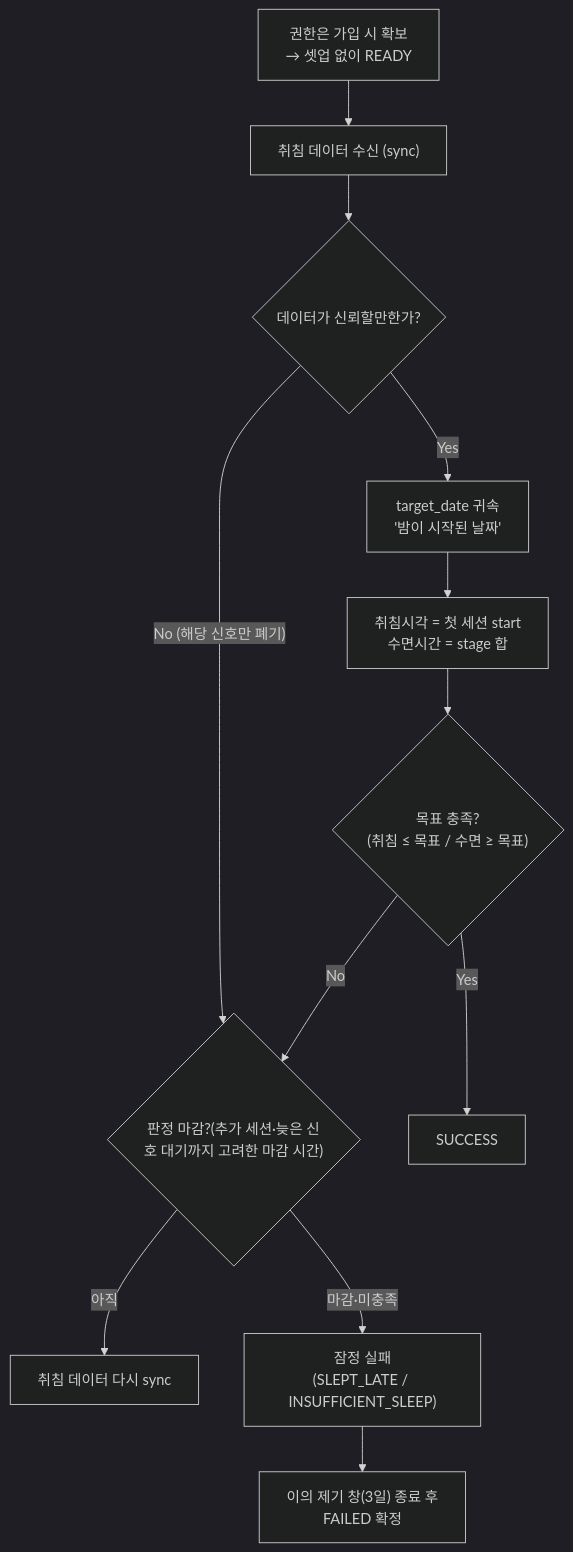
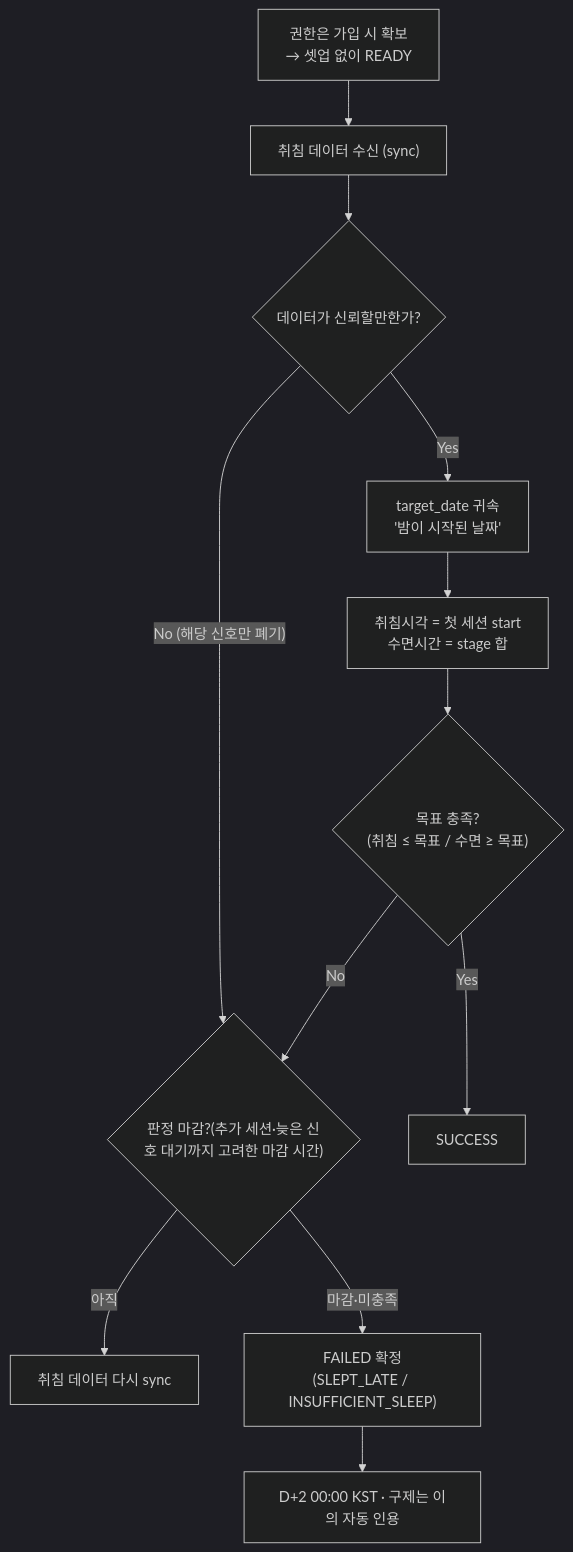
The eighth of 10 diagrams in docs/check/인증구현.md (RuleUp-ASM/Backend), drawn with Mermaid (dark theme) before and after one commit. The commit also changed other lines of this file and 7 other files, not shown here.

````diff
--- a/docs/check/인증구현.md
+++ b/docs/check/인증구현.md
@@ -417,14 +423,14 @@
 ```mermaid
 flowchart TD
 A["권한은 가입 시 확보<br/>→ 셋업 없이 READY"] --> B["취침 데이터 수신 (sync)"]
 B --> G{"데이터가 신뢰할만한가?"}
 G -->|"No (해당 신호만 폐기)"| W{"판정 마감?(추가 세션·늦은 신호 대기까지 고려한 마감 시간)"}
 G -->|Yes| C["target_date 귀속<br/>'밤이 시작된 날짜'"]
 C --> D["취침시각 = 첫 세션 start<br/>수면시간 = stage 합"]
 D --> E{"목표 충족?<br/>(취침 ≤ 목표 / 수면 ≥ 목표)"}
 E -->|Yes| OK["SUCCESS"]
 E -->|No| W
 W -->|"아직"| RE["취침 데이터 다시 sync"]
-W -->|"마감·미충족"| F["잠정 실패<br/>(SLEPT_LATE / INSUFFICIENT_SLEEP)"]
-F --> LOCK["이의 제기 창(3일) 종료 후<br/>FAILED 확정"]
+W -->|"마감·미충족"| F["FAILED 확정<br/>(SLEPT_LATE / INSUFFICIENT_SLEEP)"]
+F --> LOCK["D+2 00:00 KST · 구제는 이의 자동 인용"]
 ```
````
